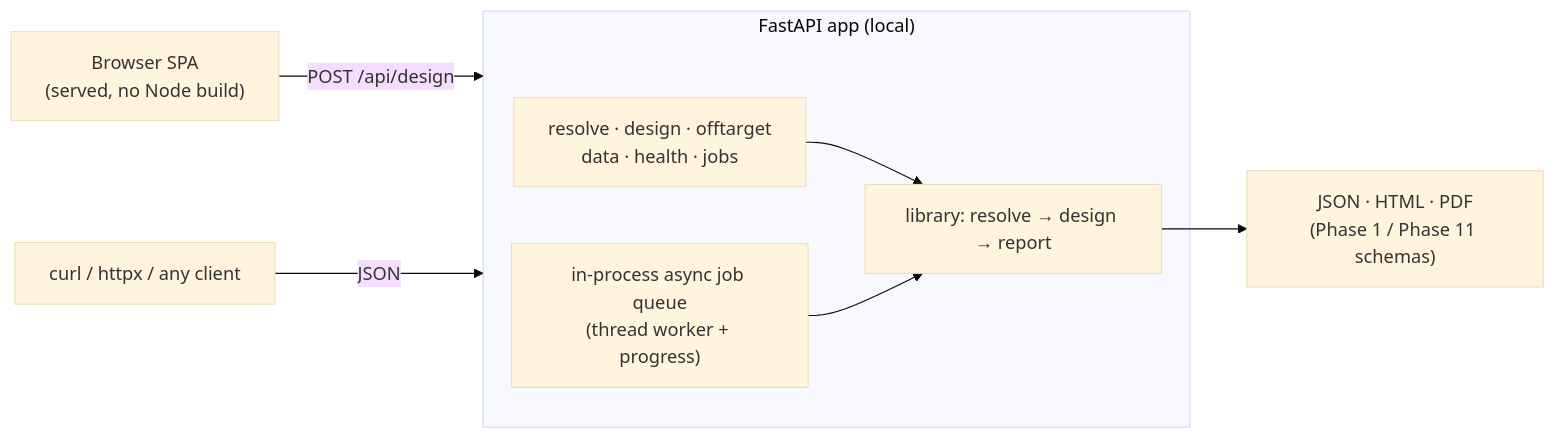
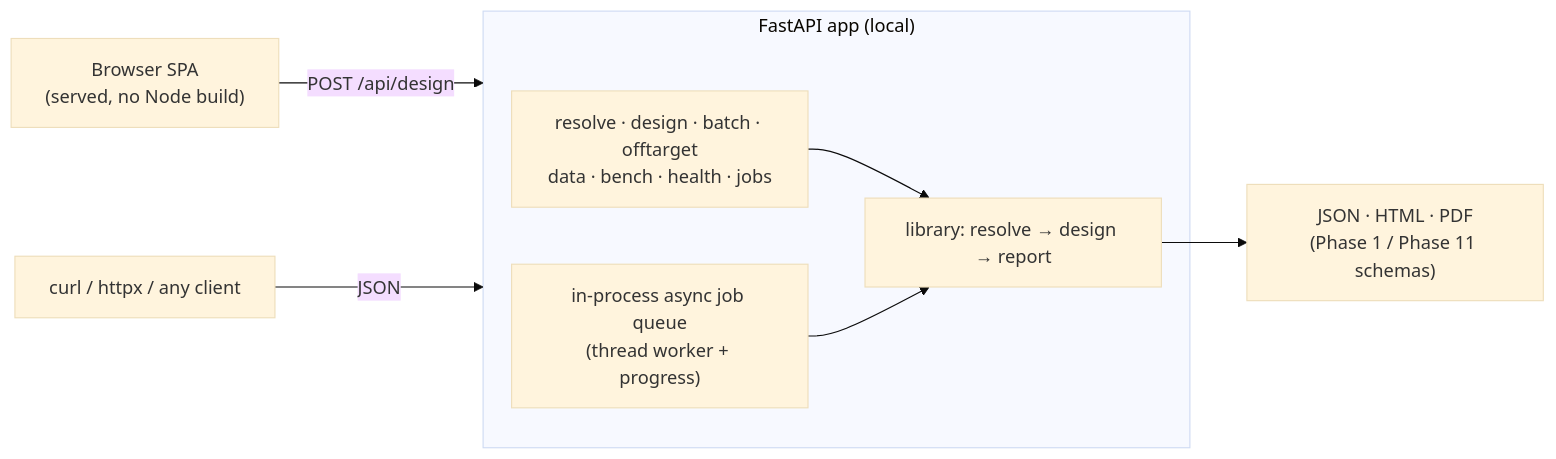
Diagram 12 of 13 in README.md (clay-good/alleleforge), drawn with Mermaid (base theme) before and after one commit. The commit also changed other lines of this file and 4 other files, not shown here.

First line of the commit message:
feat(R4/web): POST /api/batch cohort endpoint + fix stale /api/bench stub

````diff
--- a/README.md
+++ b/README.md
@@ -885,12 +889,12 @@
 ```mermaid
 flowchart LR
     B["Browser SPA<br/>(served, no Node build)"] -->|POST /api/design| API
     CURL["curl / httpx / any client"] -->|JSON| API
     subgraph API["FastAPI app (local)"]
-        EP["resolve · design · offtarget<br/>data · health · jobs"]
+        EP["resolve · design · batch · offtarget<br/>data · bench · health · jobs"]
         JQ["in-process async job queue<br/>(thread worker + progress)"]
         EP --> LIB
         JQ --> LIB
     end
     LIB["library: resolve → design → report"] --> OUT["JSON · HTML · PDF<br/>(Phase 1 / Phase 11 schemas)"]
 ```
````
